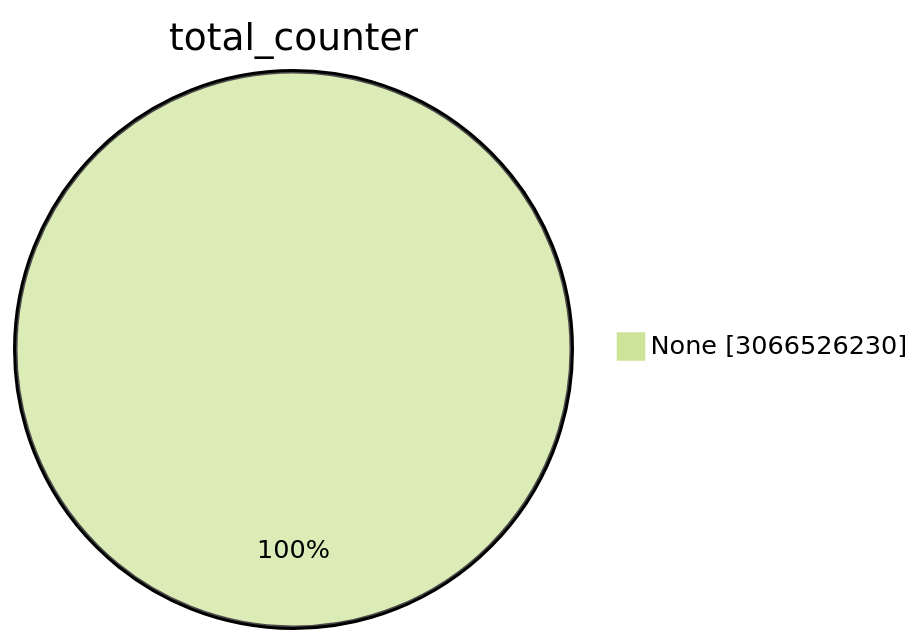
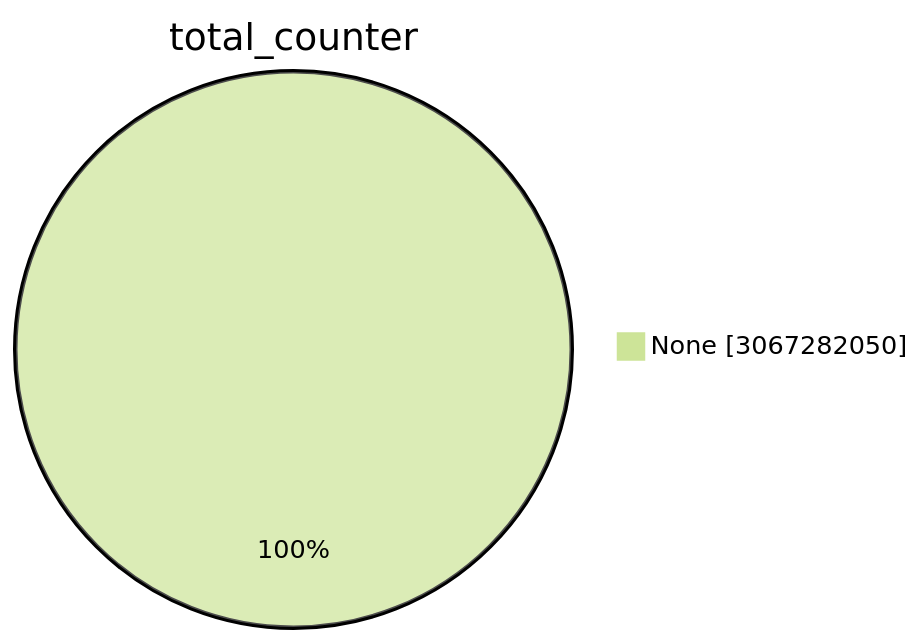
The first of 15 diagrams in TOTAL/README.md (christiankrug/ctmonitor_visualization), drawn with Mermaid (forest theme) before and after one commit. The commit also changed other lines of this file, not shown here.

````diff
--- a/TOTAL/README.md
+++ b/TOTAL/README.md
@@ -1,5 +1,5 @@
 ```mermaid
 pie showData
 title total_counter
-"None" :3066526230
+"None" :3067282050
 ```
````
